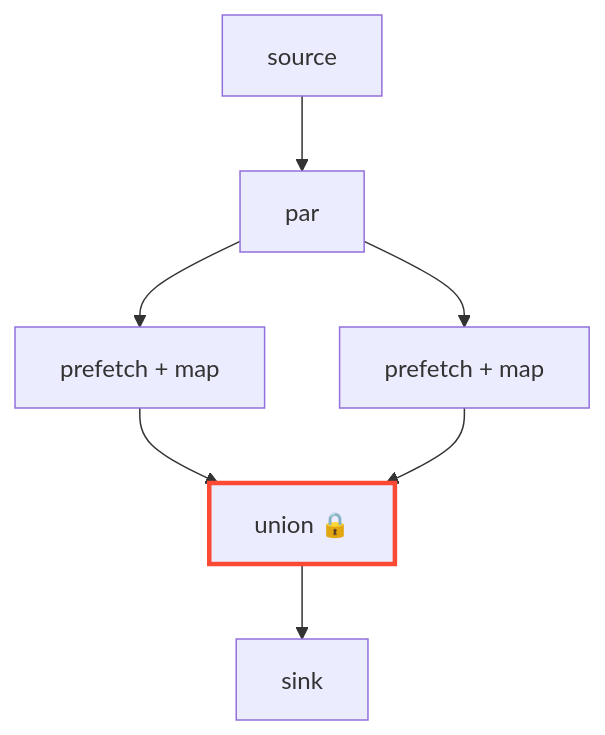
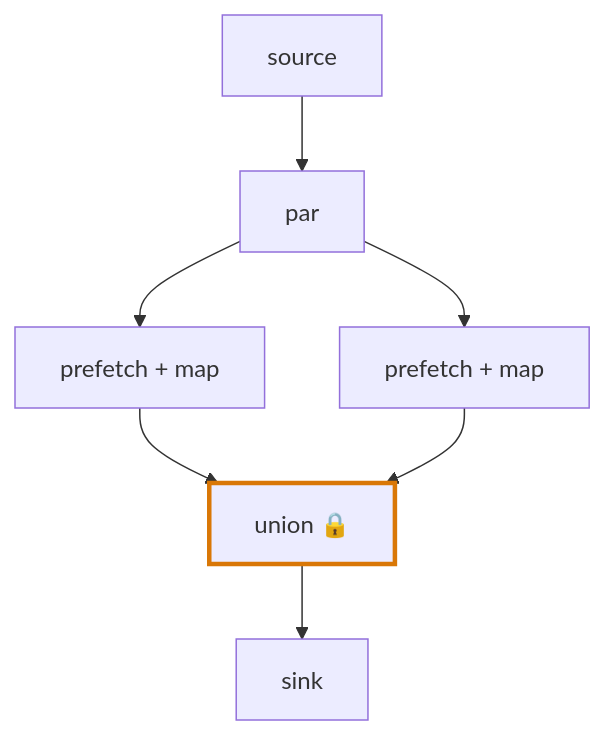
Before and after one commit to IsaacTay/akayu: the seventh of 9 diagrams in docs/features/concurrency.md, drawn with Mermaid. The commit also changed other lines of this file and 8 other files, not shown here.

````diff
--- a/docs/features/concurrency.md
+++ b/docs/features/concurrency.md
@@ -251,11 +246,11 @@
 ```mermaid
 flowchart TD
-    S[source] --> P[par]
-    P --> A["prefetch + map"]
-    P --> B["prefetch + map"]
-    A --> U["union 🔒"]
+    S[source]:::source --> P[par]:::process
+    P --> A["prefetch + map"]:::process
+    P --> B["prefetch + map"]:::process
+    A --> U["union 🔒"]:::warn
     B --> U
-    U --> K[sink]
+    U --> K[sink]:::sink
 
-    style U stroke:#fb4934,stroke-width:3px
+    style U stroke:#d97706,stroke-width:3px
 ```
````
